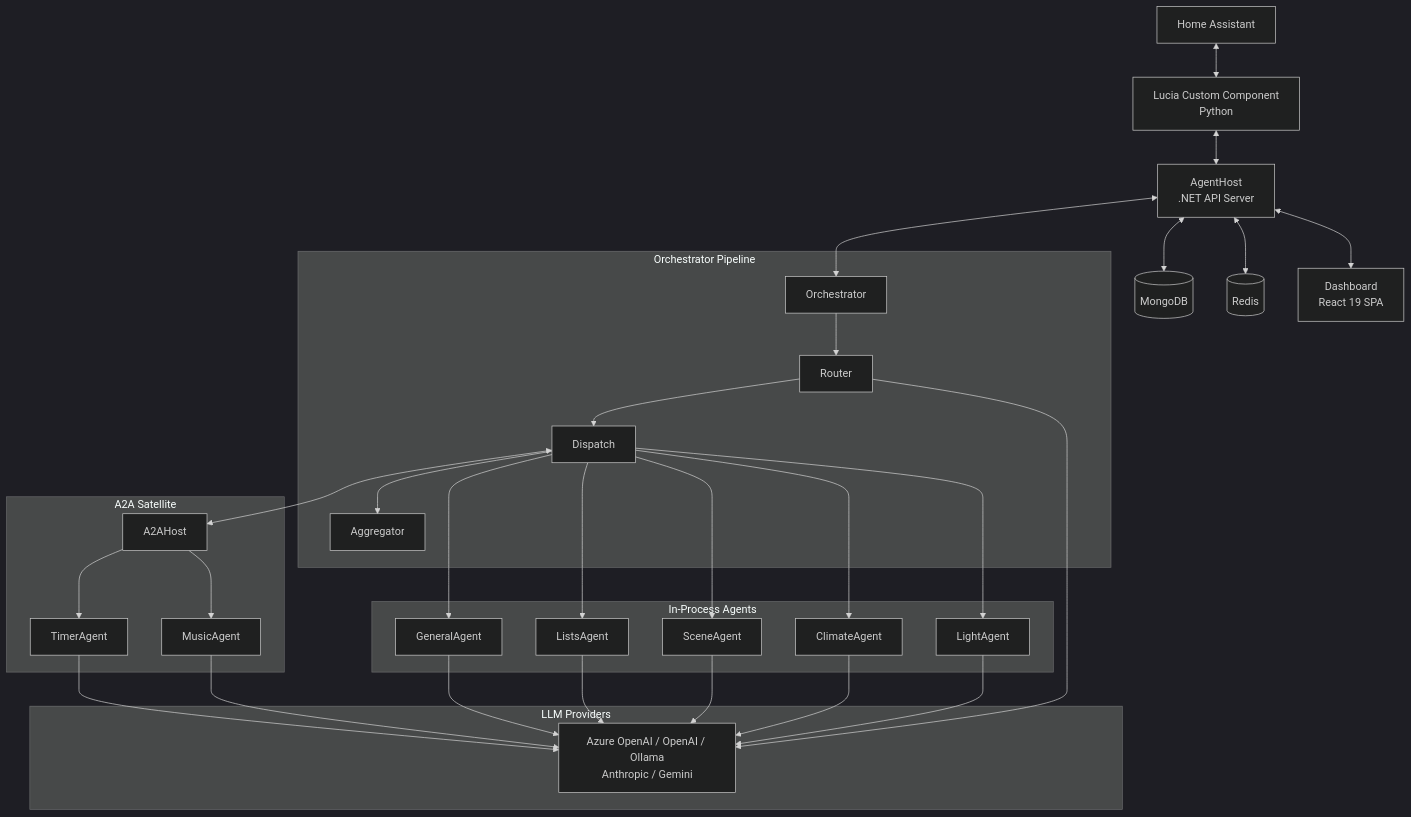
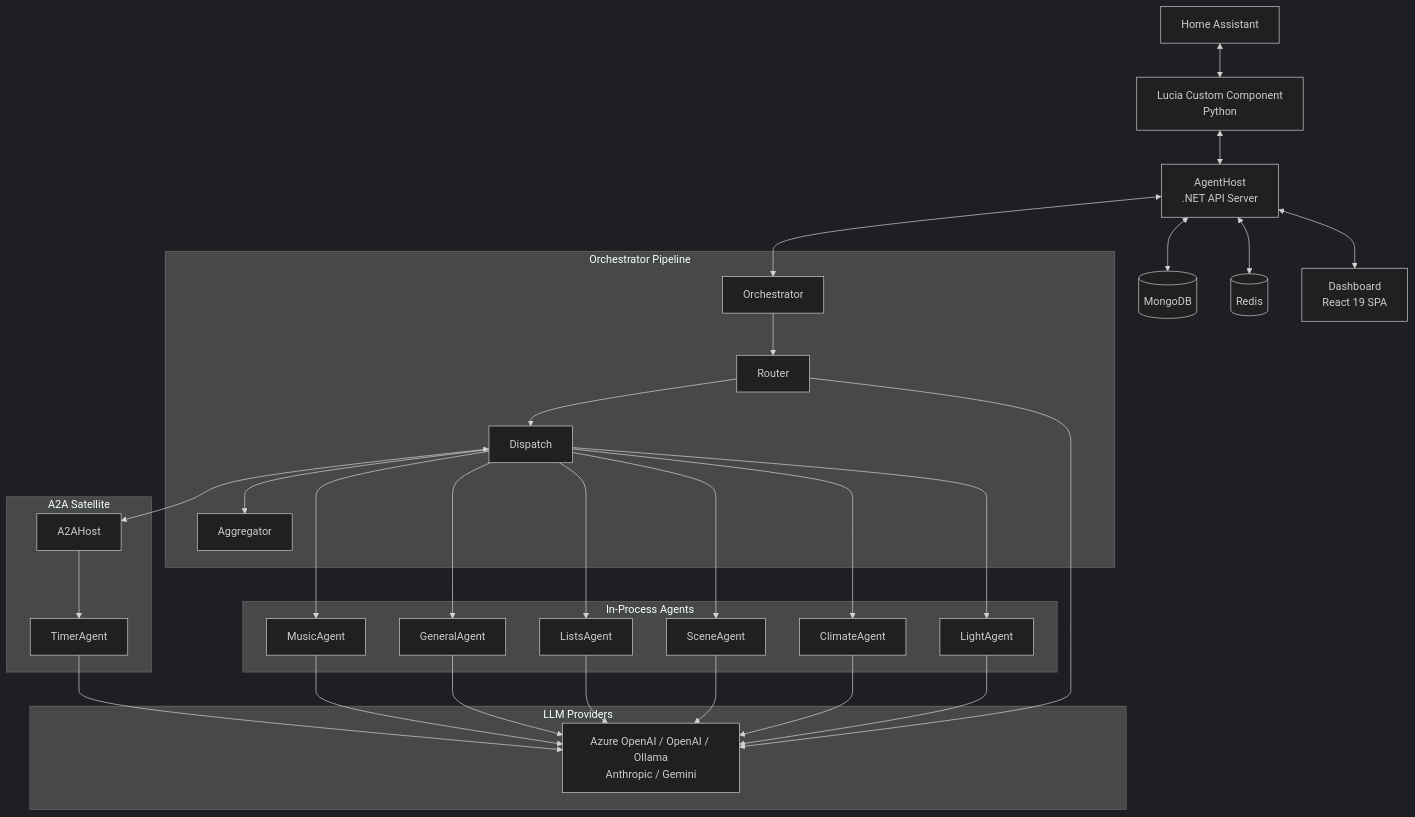
Before and after one commit to seiggy/lucia.ai: the diagram in docs/architecture/overview.md, drawn with Mermaid (dark theme). The commit also changed 12 other files, not shown here.

First line of the commit message:
docs: update Music Agent to always run in-process

````diff
--- a/docs/architecture/overview.md
+++ b/docs/architecture/overview.md
@@ -12,44 +12,44 @@
 ```mermaid
 graph TB
     HA[Home Assistant] <--> CC[Lucia Custom Component<br/>Python]
     CC <--> AH[AgentHost<br/>.NET API Server]
 
     AH <--> Orch[Orchestrator]
 
     subgraph Orchestrator Pipeline
         Orch --> Router[Router]
         Router --> Dispatch[Dispatch]
         Dispatch --> Agg[Aggregator]
     end
 
     subgraph In-Process Agents
         Dispatch --> LA[LightAgent]
         Dispatch --> CA[ClimateAgent]
         Dispatch --> SA[SceneAgent]
         Dispatch --> LiA[ListsAgent]
         Dispatch --> GA[GeneralAgent]
+        Dispatch --> MA[MusicAgent]
     end
 
     subgraph A2A Satellite
         Dispatch <--> A2AHost[A2AHost]
-        A2AHost --> MA[MusicAgent]
         A2AHost --> TA[TimerAgent]
     end
 
     subgraph LLM Providers
         LLM[Azure OpenAI / OpenAI / Ollama<br/>Anthropic / Gemini]
     end
 
     Router --> LLM
     LA --> LLM
     CA --> LLM
     SA --> LLM
     LiA --> LLM
     GA --> LLM
     MA --> LLM
     TA --> LLM
 
     AH <--> MongoDB[(MongoDB)]
     AH <--> Redis[(Redis)]
     AH <--> Dash[Dashboard<br/>React 19 SPA]
 ```
````
